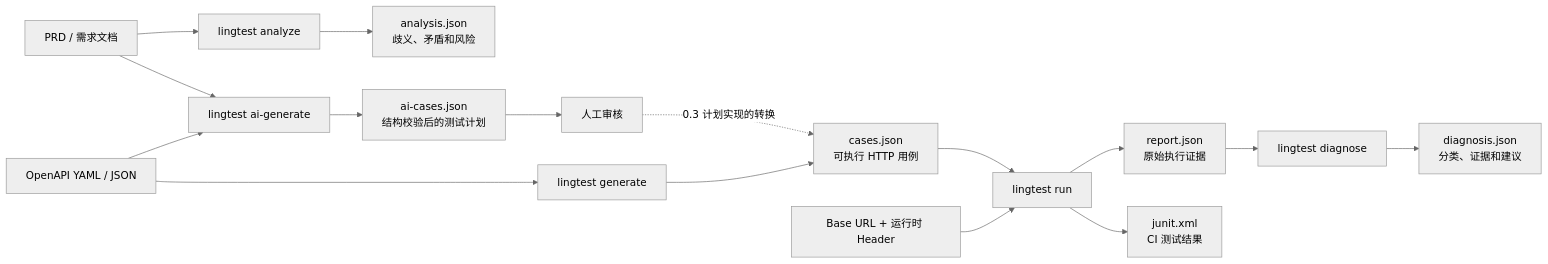
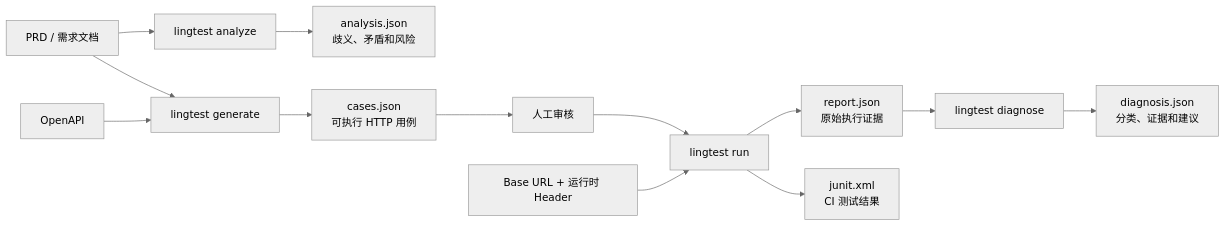
Before and after one commit to sunweitest/lingtest-cli: the diagram in README.zh-CN.md, drawn with Mermaid (neutral theme). The commit also changed other lines of this file and 37 other files, not shown here.

````diff
--- a/README.zh-CN.md
+++ b/README.zh-CN.md
@@ -156,22 +164,18 @@
 ```mermaid
 flowchart LR
     PRD["PRD / 需求文档"] --> Analyze["lingtest analyze"]
     Analyze --> Analysis["analysis.json<br/>歧义、矛盾和风险"]
 
-    PRD --> AIGenerate["lingtest ai-generate"]
-    OpenAPI["OpenAPI YAML / JSON"] --> AIGenerate
-    AIGenerate --> AIPlan["ai-cases.json<br/>结构校验后的测试计划"]
-    AIPlan --> Review["人工审核"]
-
     OpenAPI --> Generate["lingtest generate"]
     Generate --> Cases["cases.json<br/>可执行 HTTP 用例"]
-    Review -.->|0.3 计划实现的转换| Cases
+    PRD --> Generate
+    Cases --> Review["人工审核"]
 
-    Cases --> Run["lingtest run"]
+    Review --> Run["lingtest run"]
     Runtime["Base URL + 运行时 Header"] --> Run
     Run --> JSONReport["report.json<br/>原始执行证据"]
     Run --> JUnit["junit.xml<br/>CI 测试结果"]
 
     JSONReport --> Diagnose["lingtest diagnose"]
     Diagnose --> Diagnosis["diagnosis.json<br/>分类、证据和建议"]
 ```
````
